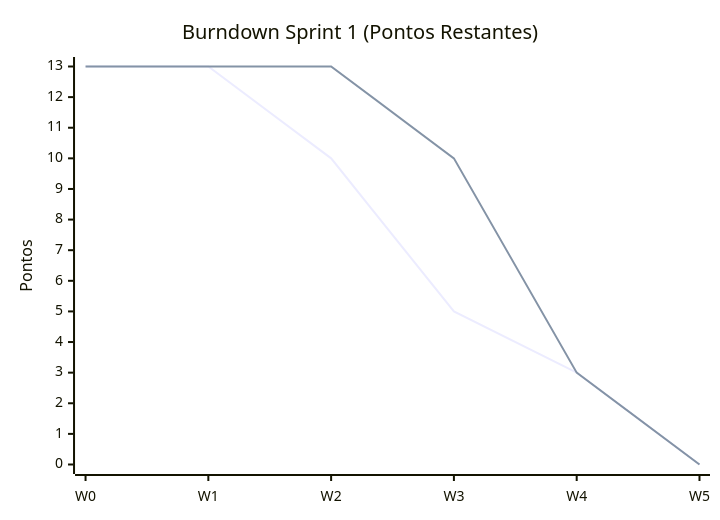
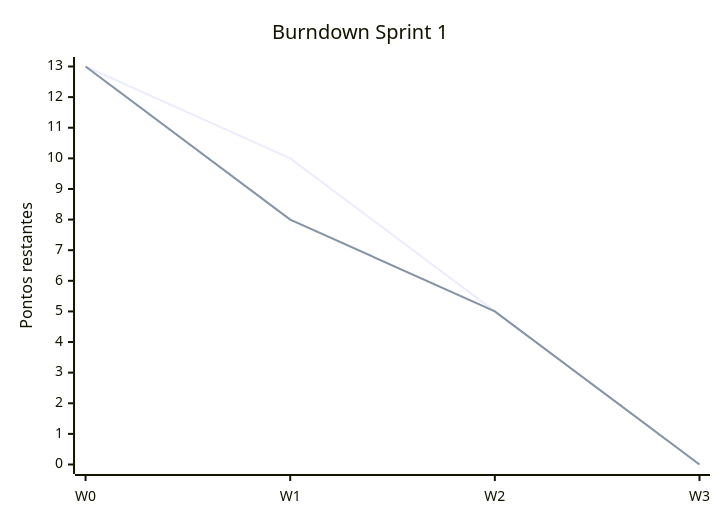
The first of 3 diagrams in README.md (candago-6/documentacao), drawn with Mermaid before and after one commit. The commit also changed other lines of this file and 1 other file, not shown here.

````diff
--- a/README.md
+++ b/README.md
@@ -120,8 +212,8 @@
 ```mermaid
 xychart-beta
-	title "Burndown Sprint 1 (Pontos Restantes)"
-	x-axis [W0, W1, W2, W3, W4, W5]
-	y-axis "Pontos" 0 --> 13
-	line "planejado" [13, 13, 10, 5, 3, 0]
-	line "real" [13, 13, 13, 10, 3, 0]
+	title "Burndown Sprint 1"
+	x-axis [W0, W1, W2, W3]
+	y-axis "Pontos restantes" 0 --> 13
+	line "planejado" [13, 10, 5, 0]
+	line "real" [13, 8, 5, 0]
 ```
````
